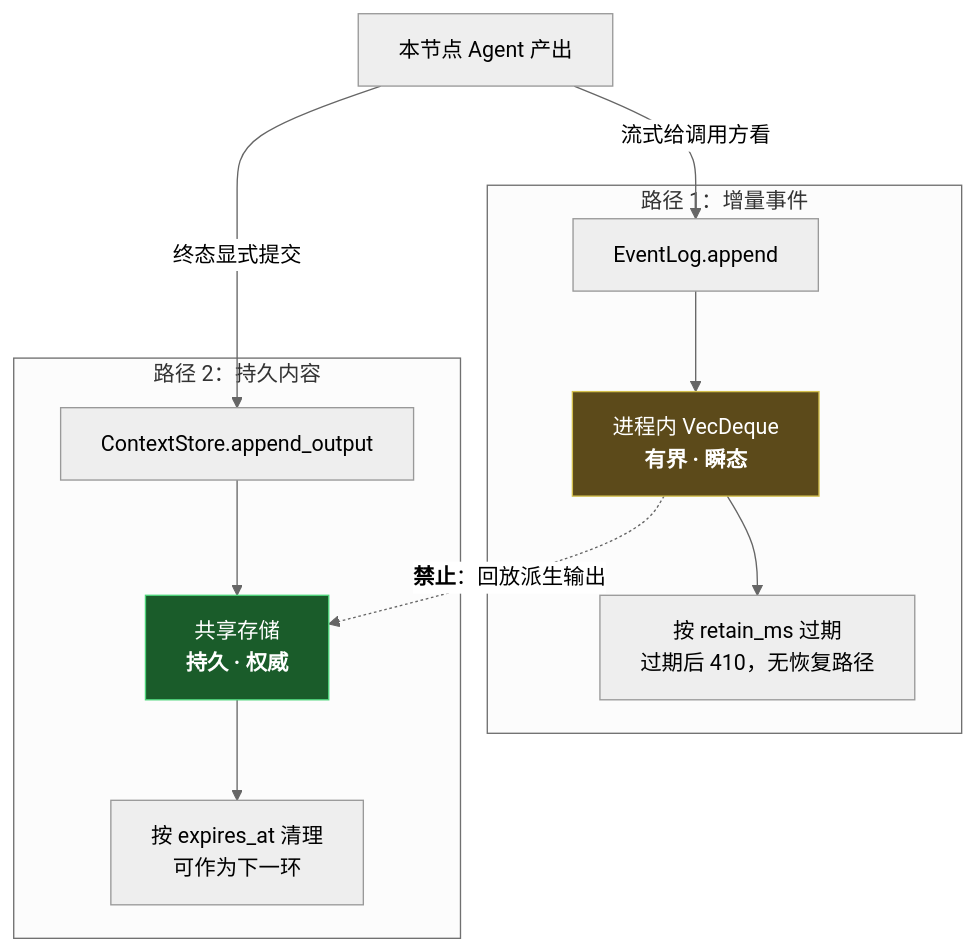
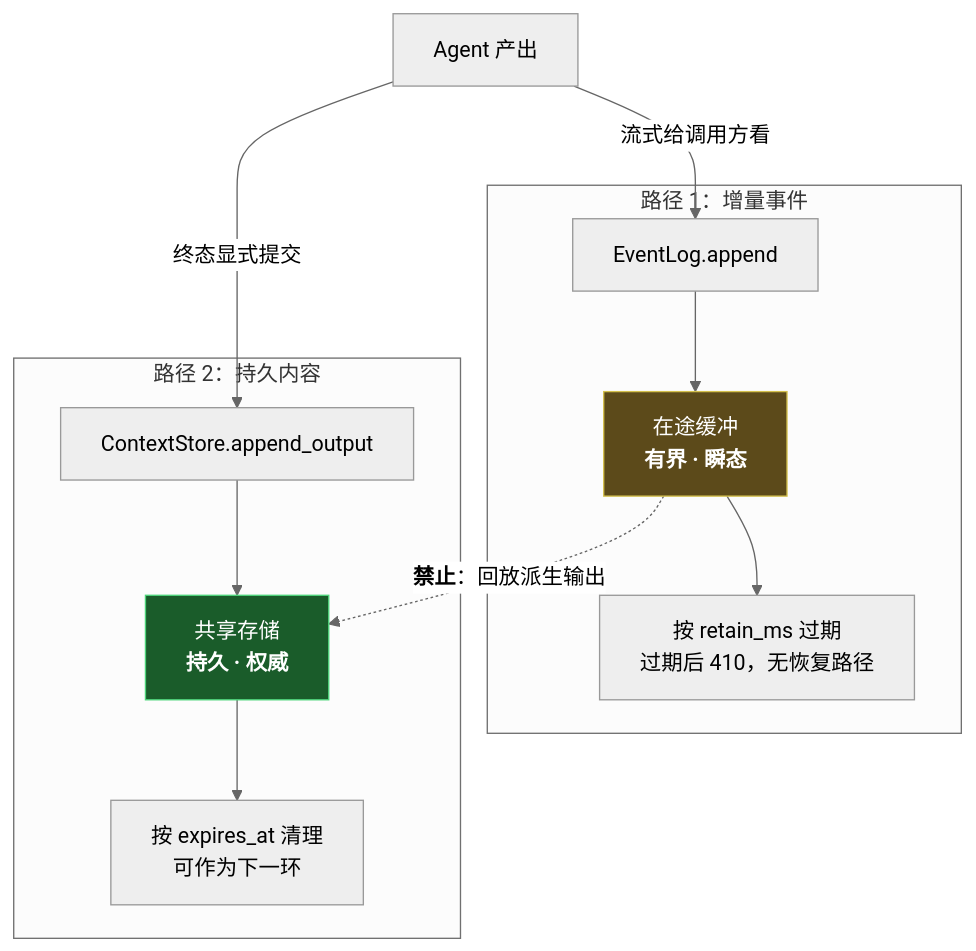
The sixth of 9 diagrams in docs/design/00-architecture-review.md (charleslyh/nova-chat), drawn with Mermaid (neutral theme) before and after one commit. The commit also changed other lines of this file and 91 other files, not shown here.

````diff
--- a/docs/design/00-architecture-review.md
+++ b/docs/design/00-architecture-review.md
@@ -466,26 +491,26 @@
 ```mermaid
 graph TB
-    X["本节点 Agent 产出"]
+    X["Agent 产出"]
 
     subgraph P1["路径 1：增量事件"]
         E1["EventLog.append"]
-        E2["进程内 VecDeque<br/><b>有界 · 瞬态</b>"]
+        E2["在途缓冲<br/><b>有界 · 瞬态</b>"]
         E3["按 retain_ms 过期<br/>过期后 410，无恢复路径"]
     end
 
     subgraph P2["路径 2：持久内容"]
         S1["ContextStore.append_output"]
         S2["共享存储<br/><b>持久 · 权威</b>"]
         S3["按 expires_at 清理<br/>可作为下一环"]
     end
 
     X -->|"流式给调用方看"| E1
     X -->|"终态显式提交"| S1
     E1 --> E2 --> E3
     S1 --> S2 --> S3
 
     E2 -.->|"<b>禁止</b>：回放派生输出"| S2
 
     style E2 fill:#5c4a1a,stroke:#d4c04d,color:#fff
     style S2 fill:#1a5c2a,stroke:#4dd47a,color:#fff
 ```
````
